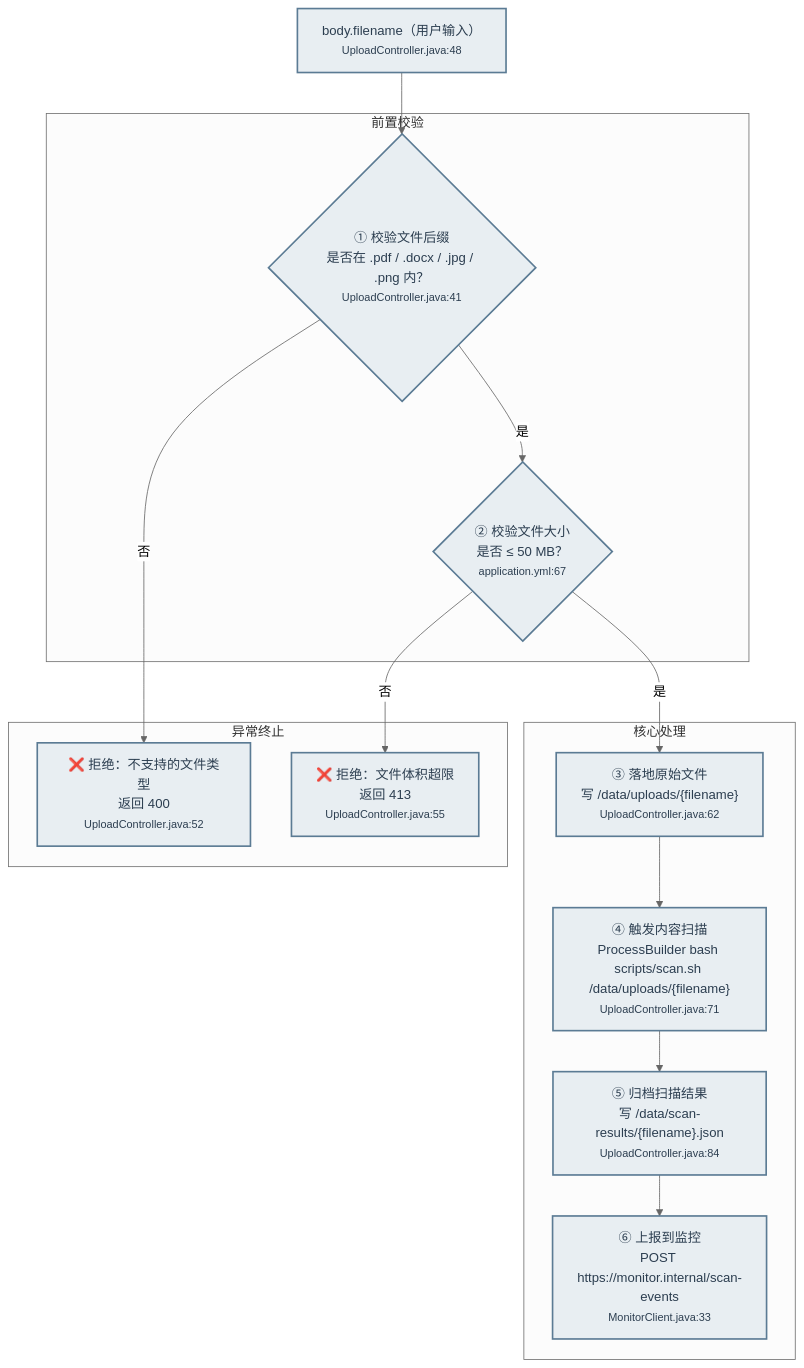
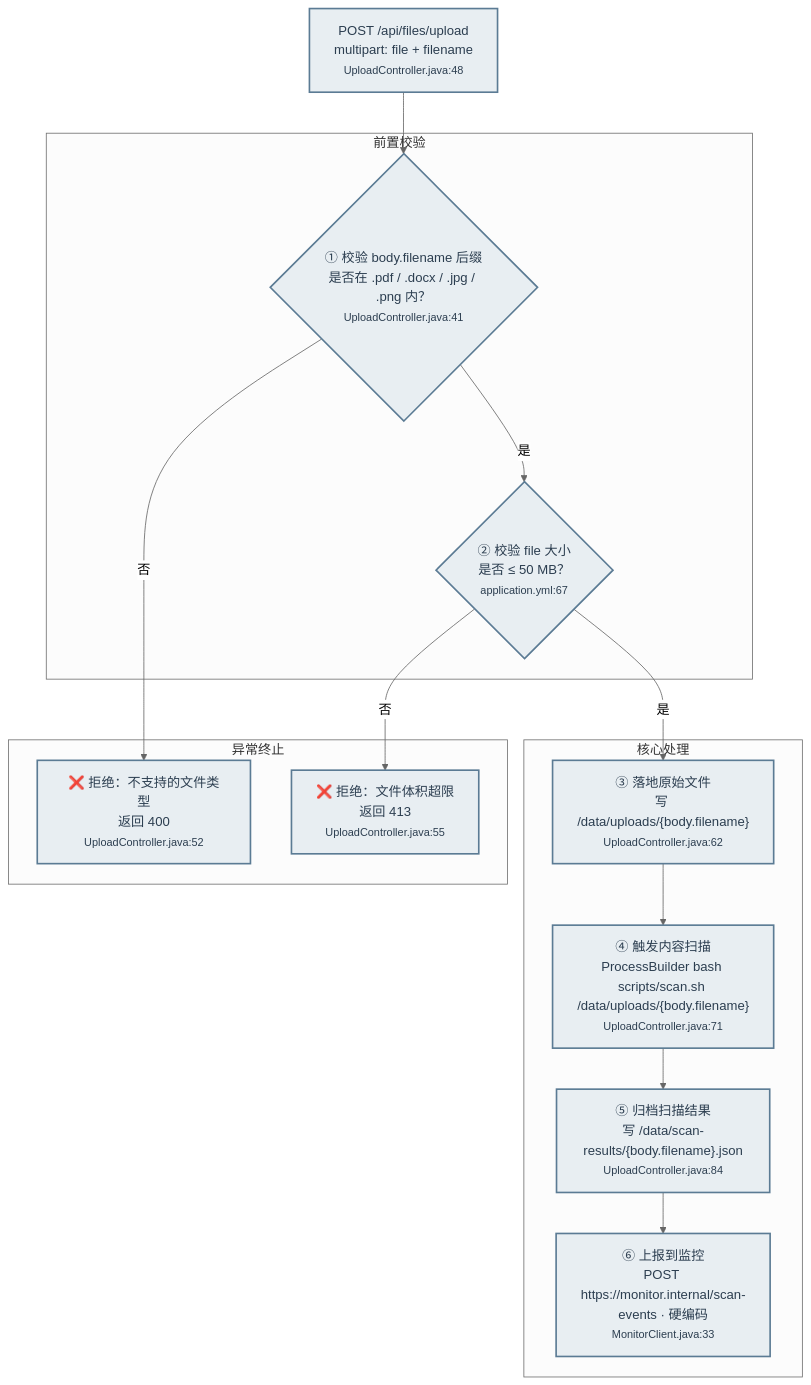
Before and after one commit to gcf0082/biz-flow-recon: the diagram in templates/default.md, drawn with Mermaid (neutral theme). The commit also changed 1 other file, not shown here.

````diff
--- a/templates/default.md
+++ b/templates/default.md
@@ -24,39 +24,39 @@
 ```mermaid
 flowchart TD
-    IN["body.filename（用户输入）<br/><small>UploadController.java:48</small>"] --> CHECK_EXT
+    ENDPOINT["POST /api/files/upload<br/>multipart: file + filename<br/><small>UploadController.java:48</small>"] --> CHECK_EXT
 
     subgraph 前置校验
-        CHECK_EXT{"① 校验文件后缀<br/>是否在 .pdf / .docx / .jpg / .png 内？<br/><small>UploadController.java:41</small>"}
-        CHECK_SIZE{"② 校验文件大小<br/>是否 ≤ 50 MB？<br/><small>application.yml:67</small>"}
+        CHECK_EXT{"① 校验 body.filename 后缀<br/>是否在 .pdf / .docx / .jpg / .png 内？<br/><small>UploadController.java:41</small>"}
+        CHECK_SIZE{"② 校验 file 大小<br/>是否 ≤ 50 MB？<br/><small>application.yml:67</small>"}
     end
 
     subgraph 异常终止
         REJECT_EXT["❌ 拒绝：不支持的文件类型<br/>返回 400<br/><small>UploadController.java:52</small>"]
         REJECT_SIZE["❌ 拒绝：文件体积超限<br/>返回 413<br/><small>UploadController.java:55</small>"]
     end
 
     subgraph 核心处理
-        WRITE["③ 落地原始文件<br/>写 /data/uploads/{filename}<br/><small>UploadController.java:62</small>"]
-        SCAN["④ 触发内容扫描<br/>ProcessBuilder bash scripts/scan.sh /data/uploads/{filename}<br/><small>UploadController.java:71</small>"]
-        ARCHIVE["⑤ 归档扫描结果<br/>写 /data/scan-results/{filename}.json<br/><small>UploadController.java:84</small>"]
-        REPORT["⑥ 上报到监控<br/>POST https://monitor.internal/scan-events<br/><small>MonitorClient.java:33</small>"]
+        WRITE["③ 落地原始文件<br/>写 /data/uploads/{body.filename}<br/><small>UploadController.java:62</small>"]
+        SCAN["④ 触发内容扫描<br/>ProcessBuilder bash scripts/scan.sh /data/uploads/{body.filename}<br/><small>UploadController.java:71</small>"]
+        ARCHIVE["⑤ 归档扫描结果<br/>写 /data/scan-results/{body.filename}.json<br/><small>UploadController.java:84</small>"]
+        REPORT["⑥ 上报到监控<br/>POST https://monitor.internal/scan-events · 硬编码<br/><small>MonitorClient.java:33</small>"]
     end
 
     CHECK_EXT -->|否| REJECT_EXT
     CHECK_EXT -->|是| CHECK_SIZE
     CHECK_SIZE -->|否| REJECT_SIZE
     CHECK_SIZE -->|是| WRITE
     WRITE --> SCAN
     SCAN --> ARCHIVE
     ARCHIVE --> REPORT
 
-    style IN fill:#E8EEF2,stroke:#5B7B94,stroke-width:2px,color:#2C3E50
+    style ENDPOINT fill:#E8EEF2,stroke:#5B7B94,stroke-width:2px,color:#2C3E50
     style CHECK_EXT fill:#E8EEF2,stroke:#5B7B94,stroke-width:2px,color:#2C3E50
     style CHECK_SIZE fill:#E8EEF2,stroke:#5B7B94,stroke-width:2px,color:#2C3E50
     style REJECT_EXT fill:#E8EEF2,stroke:#5B7B94,stroke-width:2px,color:#2C3E50
     style REJECT_SIZE fill:#E8EEF2,stroke:#5B7B94,stroke-width:2px,color:#2C3E50
     style WRITE fill:#E8EEF2,stroke:#5B7B94,stroke-width:2px,color:#2C3E50
     style SCAN fill:#E8EEF2,stroke:#5B7B94,stroke-width:2px,color:#2C3E50
     style ARCHIVE fill:#E8EEF2,stroke:#5B7B94,stroke-width:2px,color:#2C3E50
     style REPORT fill:#E8EEF2,stroke:#5B7B94,stroke-width:2px,color:#2C3E50
 ```
````
